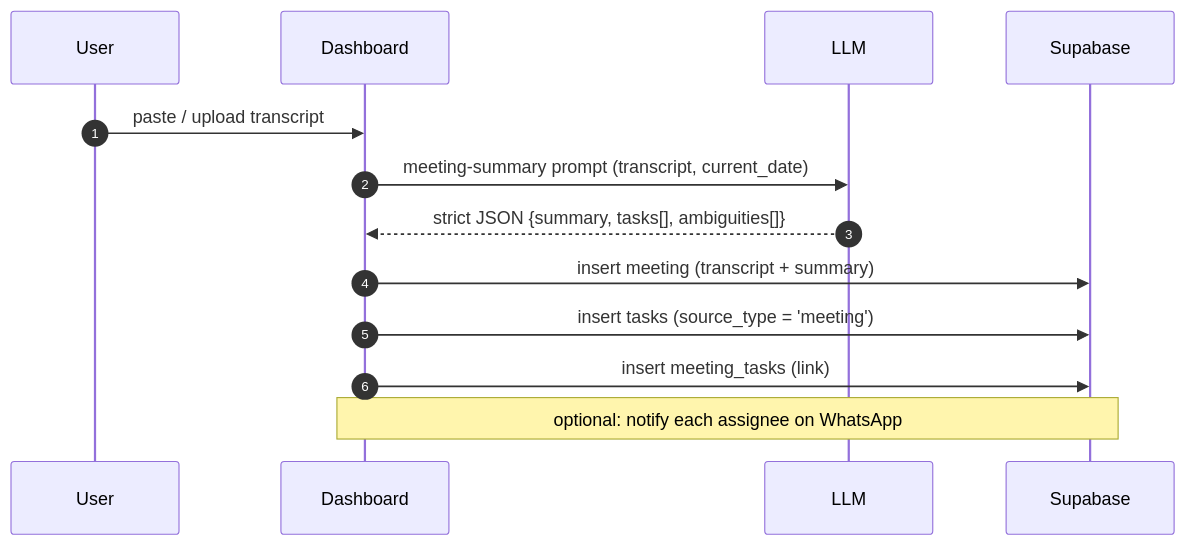
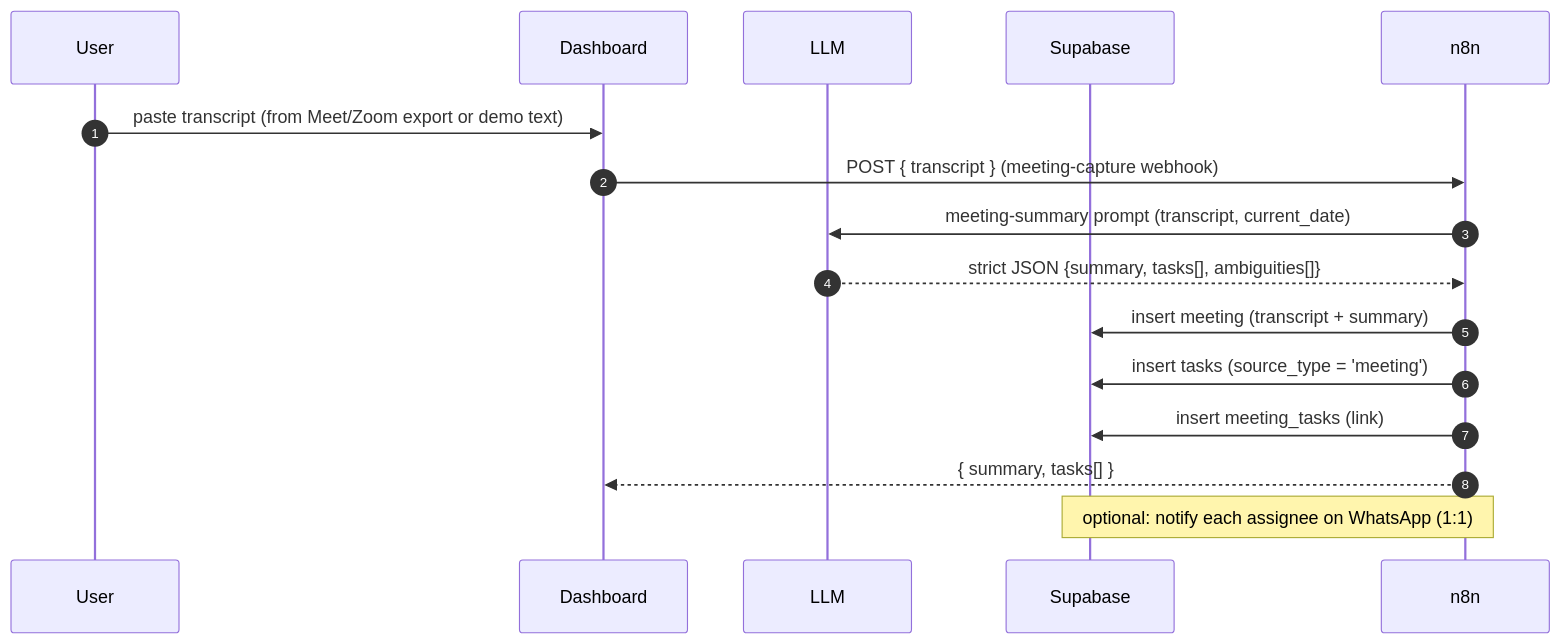
One commit to Santiagocetran/halketon-auto-mode-on changed the third of 4 diagrams in docs/diagrams/flows.md. Above: the diagram before and after it, drawn with Mermaid. The commit also changed other lines of this file and 9 other files, not shown here.

First line of the commit message:
docs: update README and documentation for WhatsApp 1:1 channel and meeting transcripts

````diff
--- a/docs/diagrams/flows.md
+++ b/docs/diagrams/flows.md
@@ -61,16 +65,18 @@
 ```mermaid
 sequenceDiagram
   autonumber
   participant User
   participant Dashboard
   participant LLM
   participant DB as Supabase
 
-  User->>Dashboard: paste / upload transcript
-  Dashboard->>LLM: meeting-summary prompt (transcript, current_date)
-  LLM-->>Dashboard: strict JSON {summary, tasks[], ambiguities[]}
-  Dashboard->>DB: insert meeting (transcript + summary)
-  Dashboard->>DB: insert tasks (source_type = 'meeting')
-  Dashboard->>DB: insert meeting_tasks (link)
-  Note over Dashboard,DB: optional: notify each assignee on WhatsApp
+  User->>Dashboard: paste transcript (from Meet/Zoom export or demo text)
+  Dashboard->>n8n: POST { transcript } (meeting-capture webhook)
+  n8n->>LLM: meeting-summary prompt (transcript, current_date)
+  LLM-->>n8n: strict JSON {summary, tasks[], ambiguities[]}
+  n8n->>DB: insert meeting (transcript + summary)
+  n8n->>DB: insert tasks (source_type = 'meeting')
+  n8n->>DB: insert meeting_tasks (link)
+  n8n-->>Dashboard: { summary, tasks[] }
+  Note over n8n,DB: optional: notify each assignee on WhatsApp (1:1)
 ```
````
